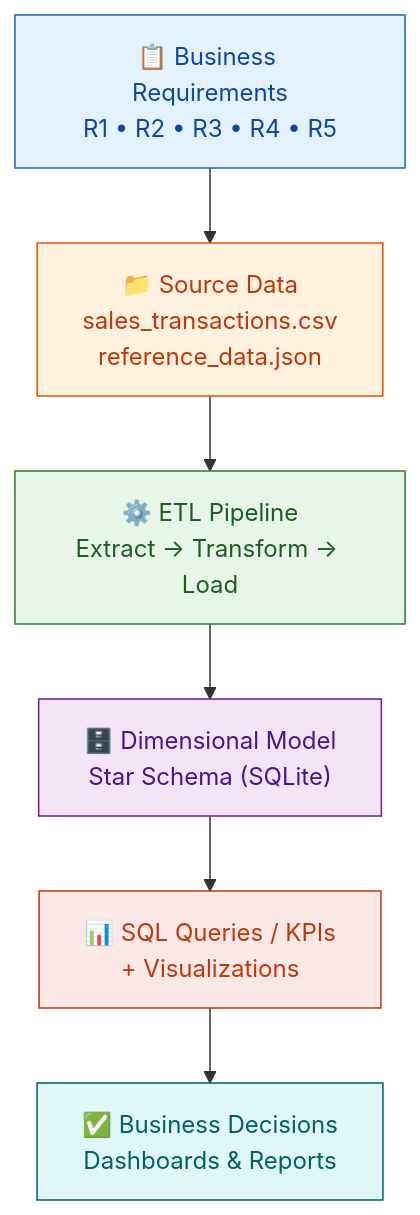
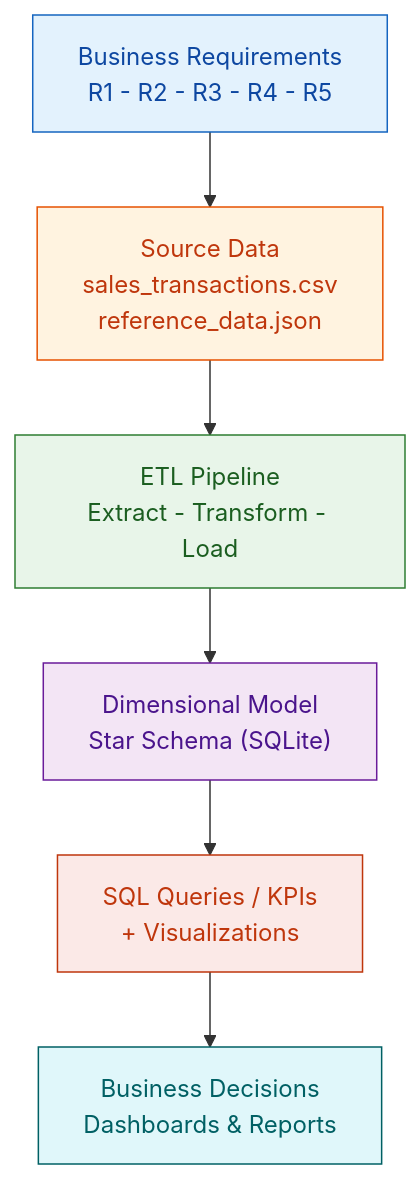
The first of 2 diagrams in README.md (driosoft-pro/lab2-dimensional-dw), drawn with Mermaid before and after one commit. The commit also changed 1 other file, not shown here.

Commit message:
Remove all emojis from README and plan files

````diff
--- a/README.md
+++ b/README.md
@@ -50,15 +50,15 @@
 ```mermaid
 flowchart TD
-    A["📋 Business Requirements\nR1 • R2 • R3 • R4 • R5"] --> B["📁 Source Data\nsales_transactions.csv\nreference_data.json"]
-    B --> C["⚙️ ETL Pipeline\nExtract → Transform → Load"]
-    C --> D["🗄️ Dimensional Model\nStar Schema (SQLite)"]
-    D --> E["📊 SQL Queries / KPIs\n+ Visualizations"]
-    E --> F["✅ Business Decisions\nDashboards & Reports"]
+    A["Business Requirements\nR1 - R2 - R3 - R4 - R5"] --> B["Source Data\nsales_transactions.csv\nreference_data.json"]
+    B --> C["ETL Pipeline\nExtract - Transform - Load"]
+    C --> D["Dimensional Model\nStar Schema (SQLite)"]
+    D --> E["SQL Queries / KPIs\n+ Visualizations"]
+    E --> F["Business Decisions\nDashboards & Reports"]
 
     style A fill:#E3F2FD,stroke:#1565C0,color:#0D47A1
     style B fill:#FFF3E0,stroke:#E65100,color:#BF360C
     style C fill:#E8F5E9,stroke:#2E7D32,color:#1B5E20
     style D fill:#F3E5F5,stroke:#6A1B9A,color:#4A148C
     style E fill:#FBE9E7,stroke:#BF360C,color:#BF360C
     style F fill:#E0F7FA,stroke:#006064,color:#006064
 ```
````
